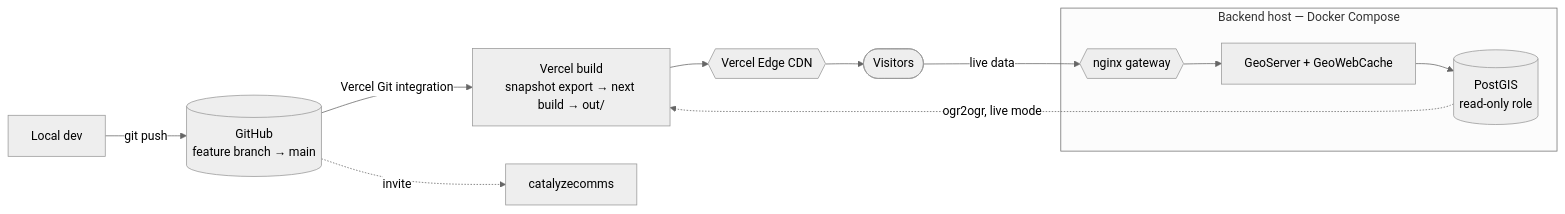
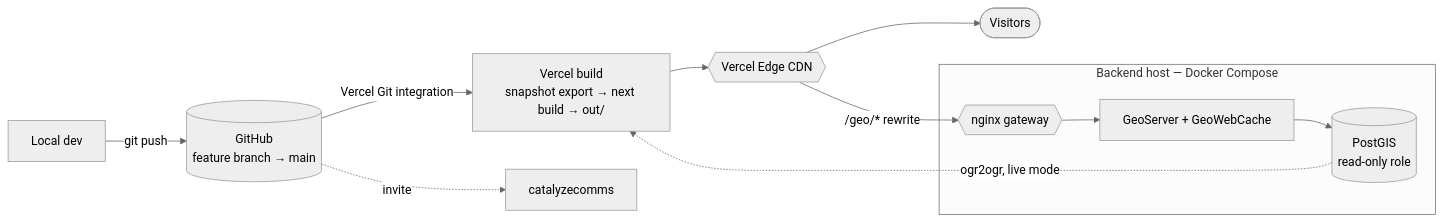
One commit to mahardisetyoso/jkt-webgis-catalyze changed the ninth of 11 diagrams in docs/architecture.md. Above: the diagram before and after it, drawn with Mermaid (neutral theme). The commit also changed other lines of this file and 5 other files, not shown here.

First line of the commit message:
docs: route live data through a Vercel /geo/* rewrite

````diff
--- a/docs/architecture.md
+++ b/docs/architecture.md
@@ -336,16 +345,16 @@
 ```mermaid
 flowchart LR
     dev[Local dev] -->|git push| gh[(GitHub<br/>feature branch → main)]
     gh -->|Vercel Git integration| build[Vercel build<br/>snapshot export → next build → out/]
     pg[(PostGIS<br/>read-only role)] -.->|ogr2ogr, live mode| build
     build --> edge{{Vercel Edge CDN}}
     edge --> user([Visitors])
     gh -.->|invite| cat[catalyzecomms]
 
     subgraph backend[Backend host — Docker Compose]
         pg
         gs[GeoServer + GeoWebCache]
         gw{{nginx gateway}}
     end
-    user -->|live data| gw --> gs --> pg
+    edge -->|/geo/* rewrite| gw --> gs --> pg
 ```
````
